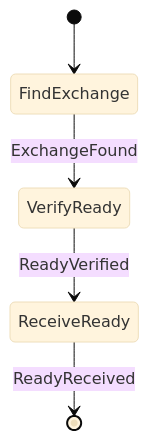
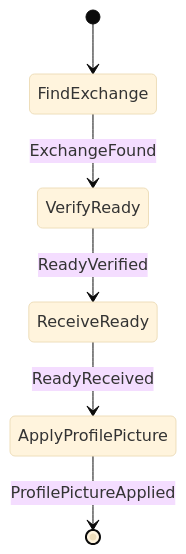
Before and after one commit to cbgm/Sparrow: the eighth of 31 diagrams in docs/architecture/workflows/incoming.md, drawn with Mermaid (base theme). The commit also changed other lines of this file and 9 other files, not shown here.

````diff
--- a/docs/architecture/workflows/incoming.md
+++ b/docs/architecture/workflows/incoming.md
@@ -261,7 +262,8 @@
 ```mermaid
 stateDiagram-v2
     [*] --> FindExchange
     FindExchange --> VerifyReady : ExchangeFound
     VerifyReady --> ReceiveReady : ReadyVerified
-    ReceiveReady --> [*] : ReadyReceived
+    ReceiveReady --> ApplyProfilePicture : ReadyReceived
+    ApplyProfilePicture --> [*] : ProfilePictureApplied
 ```
````
